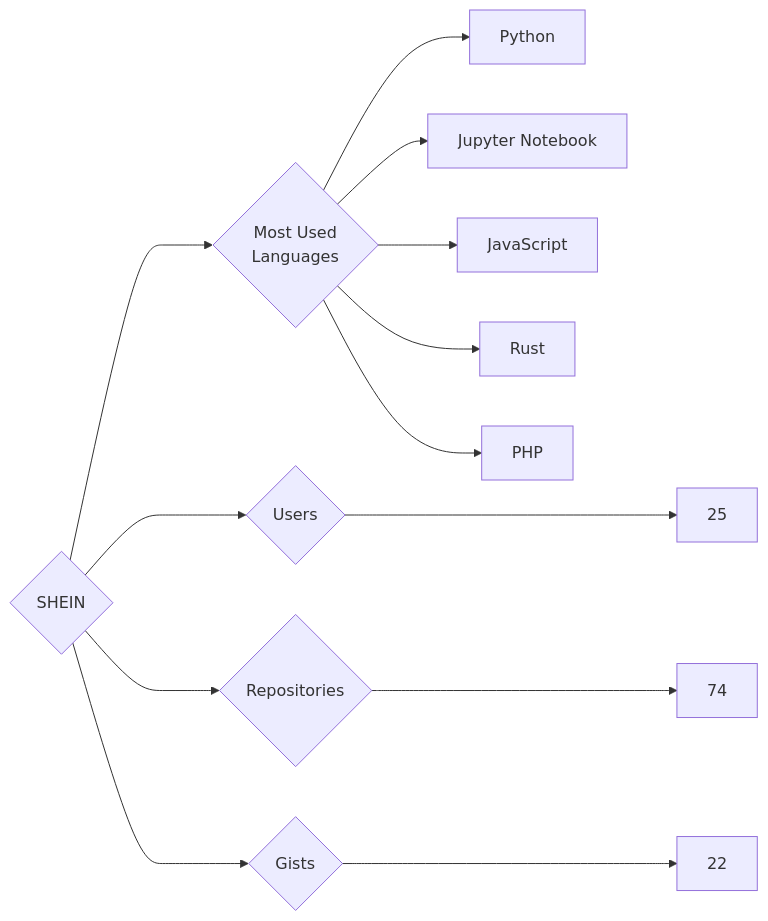
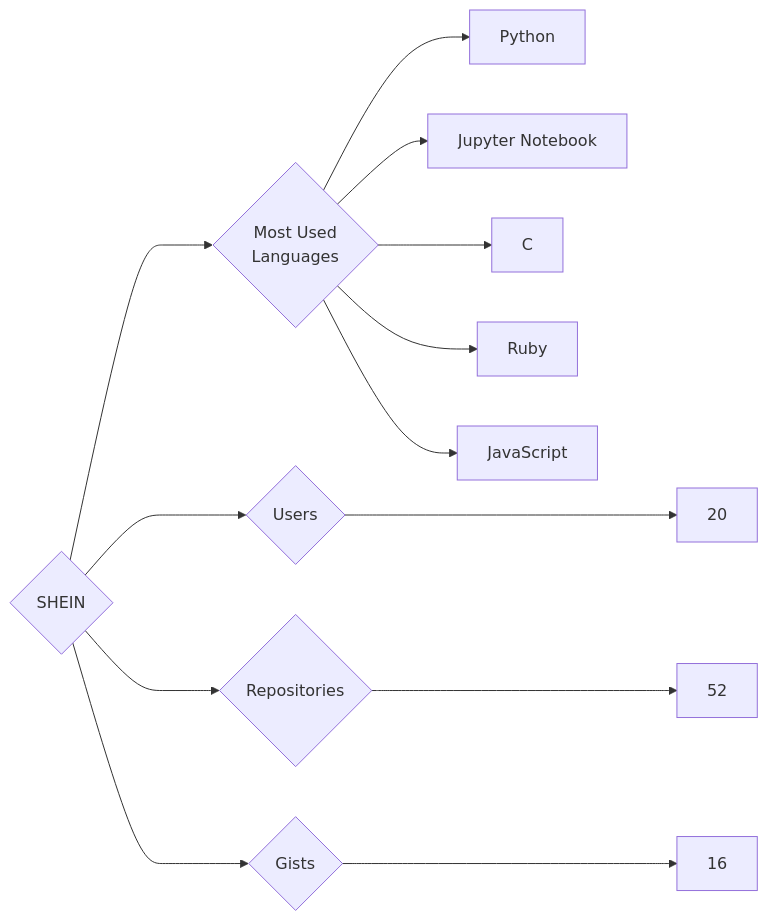
The diagram in targets/SHEIN/README.md (trickest/insiders), drawn with Mermaid before and after one commit. The commit also changed 860 other files, not shown here.

````diff
--- a/targets/SHEIN/README.md
+++ b/targets/SHEIN/README.md
@@ -3,13 +3,13 @@
 ```mermaid
 graph LR
 COMPANY_NAME{SHEIN}
-COMPANY_NAME ---> U{Users} ---> UN[25]
-COMPANY_NAME ---> R{Repositories} ---> RN[74]
-COMPANY_NAME ---> G{Gists} ---> GN[22]
+COMPANY_NAME ---> U{Users} ---> UN[20]
+COMPANY_NAME ---> R{Repositories} ---> RN[52]
+COMPANY_NAME ---> G{Gists} ---> GN[16]
 COMPANY_NAME ---> ML{Most Used<br>Languages}
 ML --> Python[Python]
 ML --> Jupyter_Notebook[Jupyter Notebook]
+ML --> C[C]
+ML --> Ruby[Ruby]
 ML --> JavaScript[JavaScript]
-ML --> Rust[Rust]
-ML --> PHP[PHP]
 ```
````
